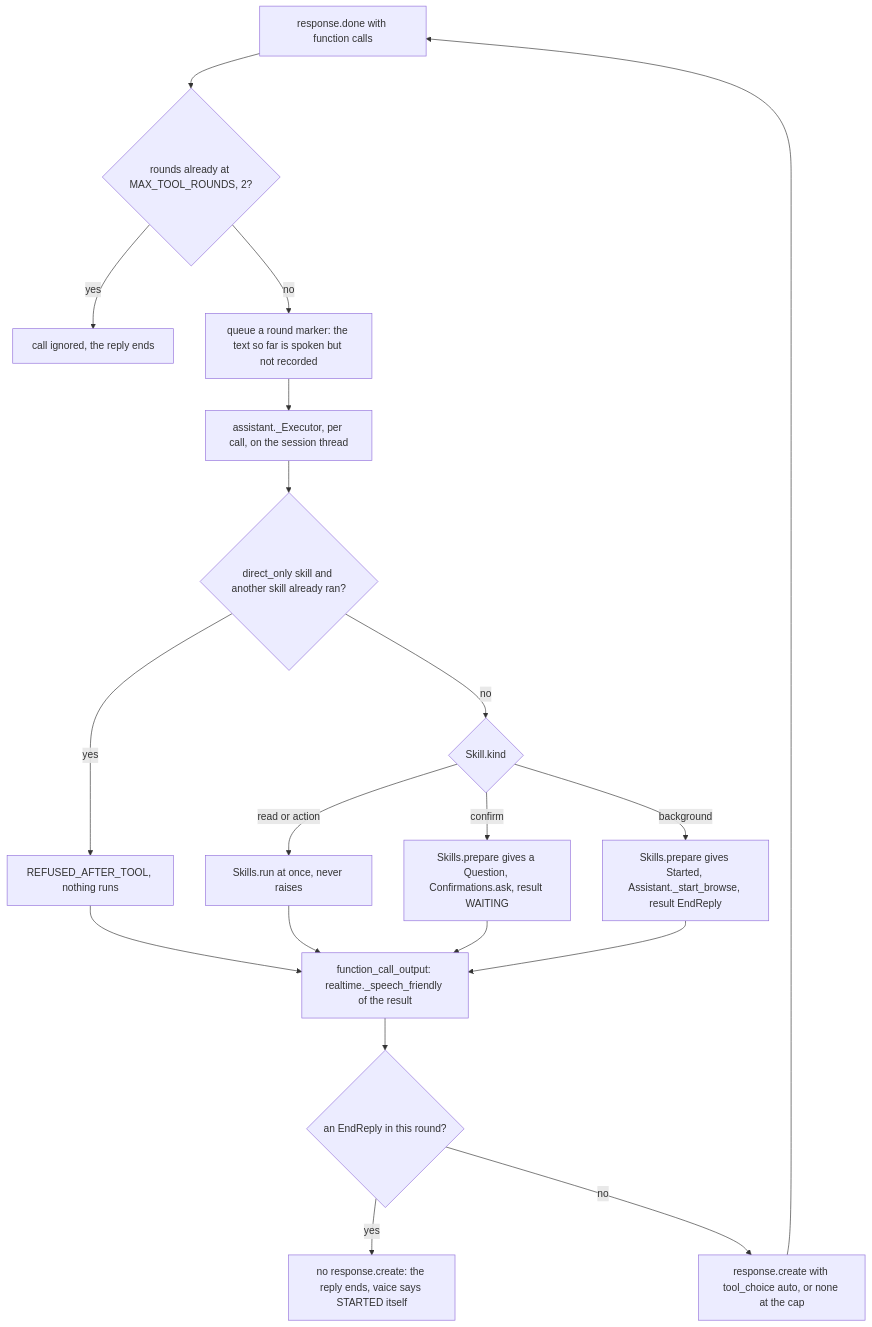
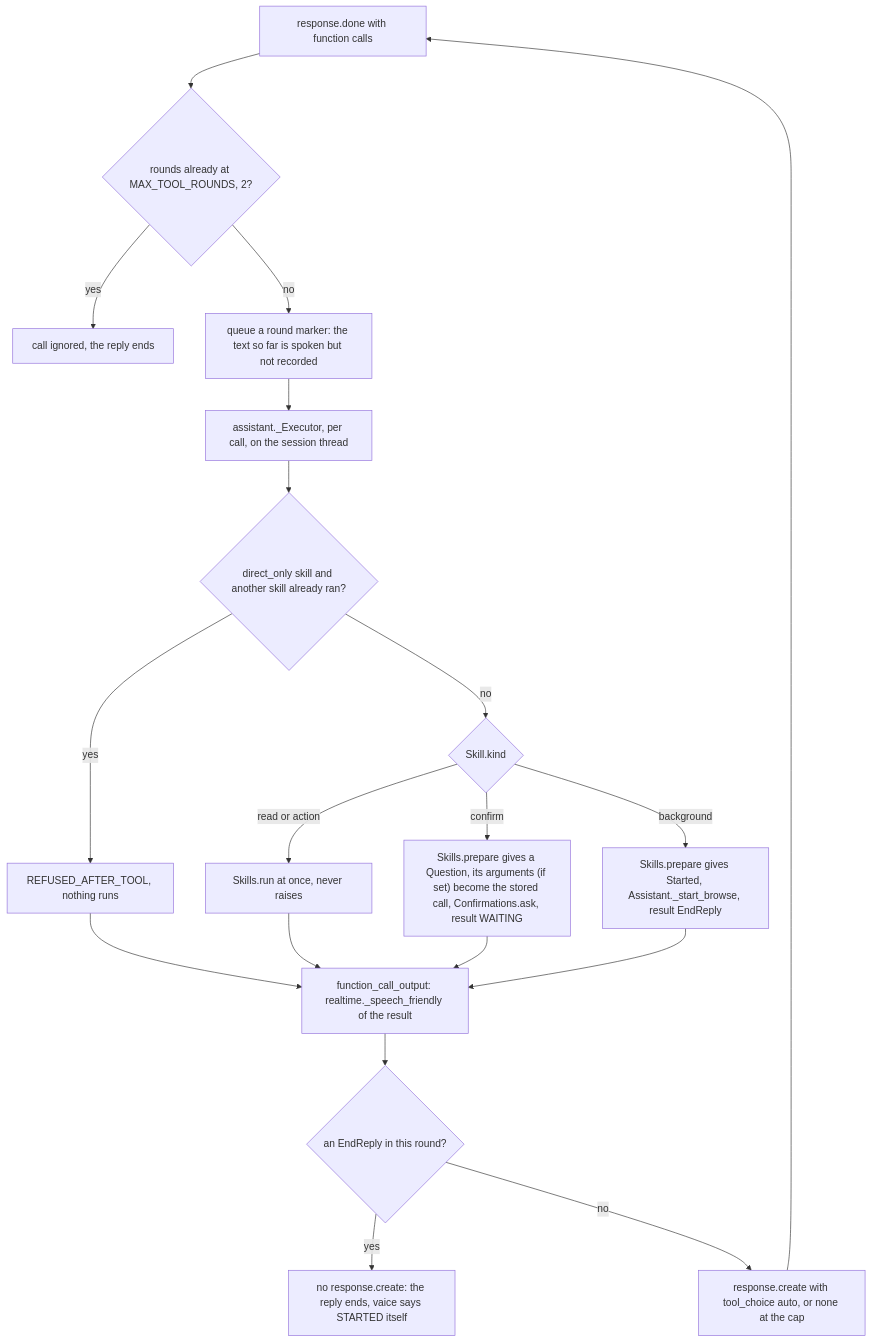
The fourth of 11 diagrams in docs/architecture.md (ranacseruet/vaice), drawn with Mermaid before and after one commit. The commit also changed other lines of this file and 7 other files, not shown here.

````diff
--- a/docs/architecture.md
+++ b/docs/architecture.md
@@ -192,21 +192,21 @@
 ```mermaid
 flowchart TD
   done["response.done with function calls"] --> cap{"rounds already at MAX_TOOL_ROUNDS, 2?"}
   cap -->|"yes"| ignore["call ignored, the reply ends"]
   cap -->|"no"| round["queue a round marker: the text so far is spoken but not recorded"]
   round --> exe["assistant._Executor, per call, on the session thread"]
   exe --> direct{"direct_only skill and another skill already ran?"}
   direct -->|"yes"| refused["REFUSED_AFTER_TOOL, nothing runs"]
   direct -->|"no"| kind{"Skill.kind"}
   kind -->|"read or action"| run["Skills.run at once, never raises"]
-  kind -->|"confirm"| ask["Skills.prepare gives a Question, Confirmations.ask, result WAITING"]
+  kind -->|"confirm"| ask["Skills.prepare gives a Question, its arguments (if set) become the stored call, Confirmations.ask, result WAITING"]
   kind -->|"background"| bg["Skills.prepare gives Started, Assistant._start_browse, result EndReply"]
   refused --> fed
   run --> fed
   ask --> fed
   bg --> fed
   fed["function_call_output: realtime._speech_friendly of the result"] --> ends{"an EndReply in this round?"}
   ends -->|"yes"| stop["no response.create: the reply ends, vaice says STARTED itself"]
   ends -->|"no"| next["response.create with tool_choice auto, or none at the cap"]
   next --> done
 ```
````
